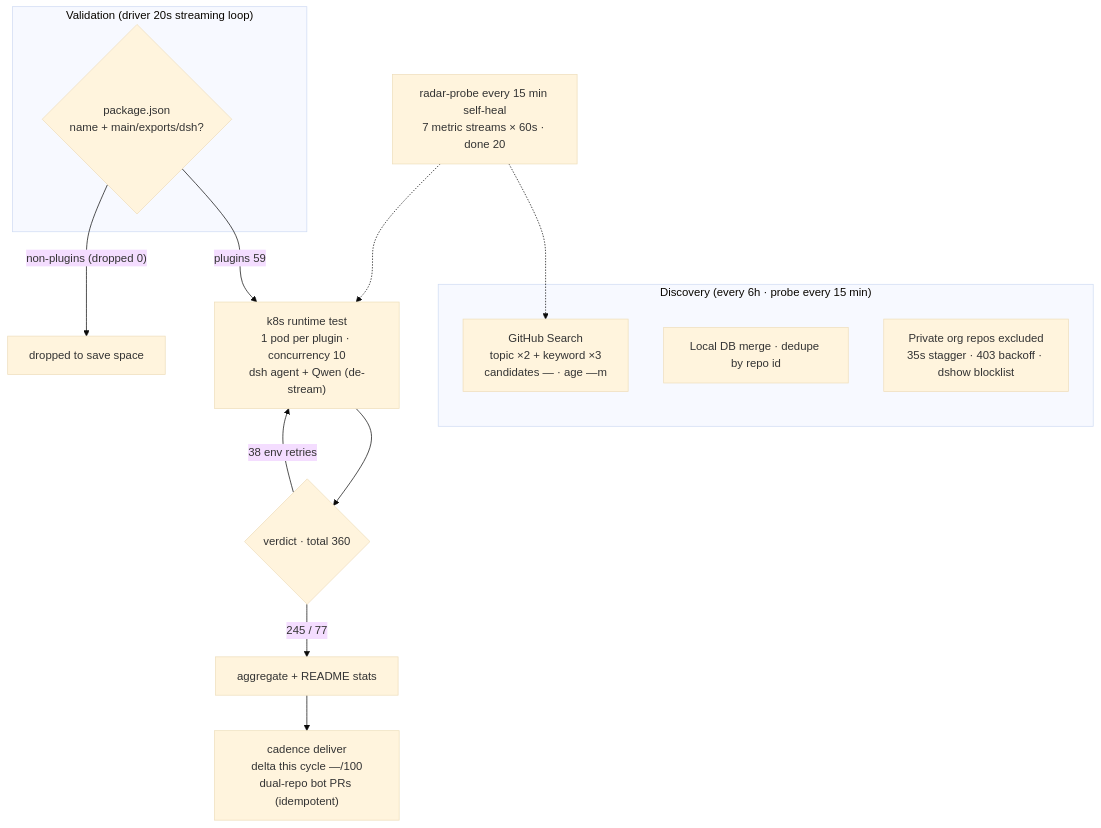
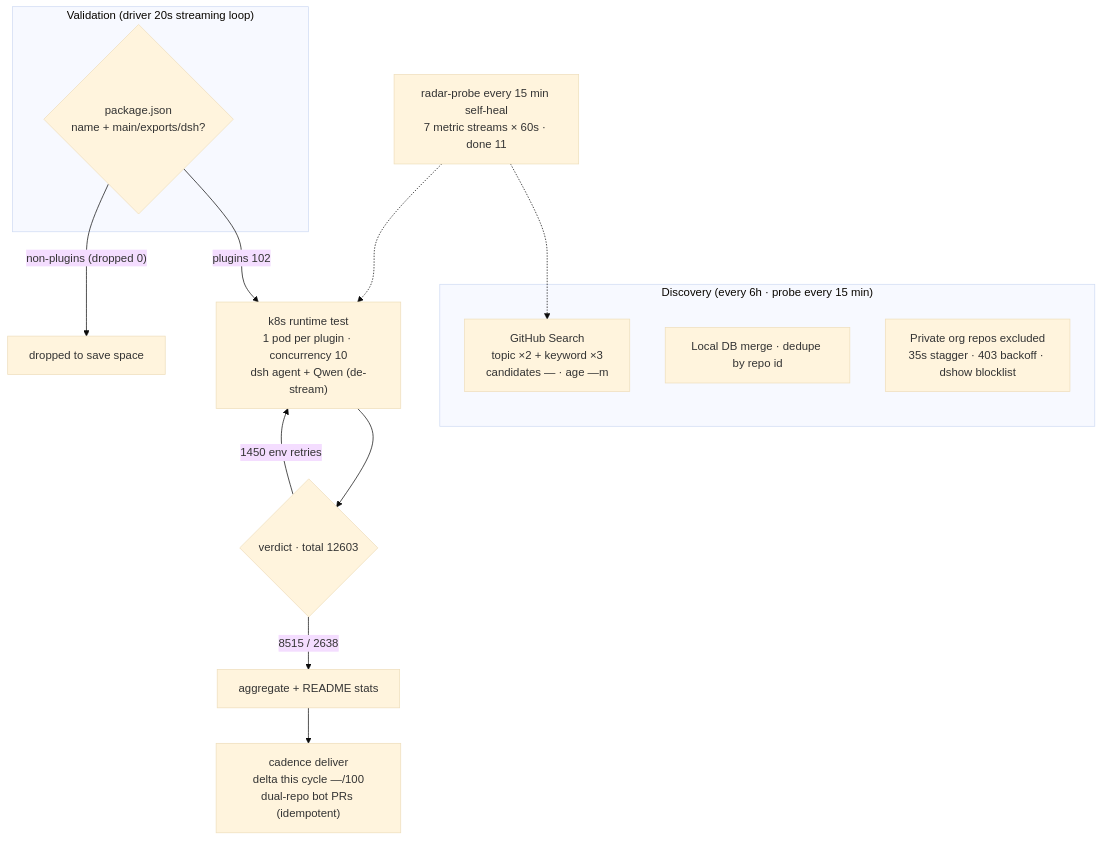
One commit to AdamPlatin123/awesome-dsh-plugins changed the diagram in README.en-US.md. Above: the diagram before and after it, drawn with Mermaid (base theme). The commit also changed other lines of this file and 5 other files, not shown here.

````diff
--- a/README.en-US.md
+++ b/README.en-US.md
@@ -45,20 +45,20 @@
 ```mermaid
 flowchart TB
     subgraph Discovery["Discovery (every 6h · probe every 15 min)"]
         A1["GitHub Search<br/>topic ×2 + keyword ×3<br/>candidates — · age —m"]
         A2["Local DB merge · dedupe by repo id"]
         A3["Private org repos excluded<br/>35s stagger · 403 backoff · dshow blocklist"]
     end
     subgraph Validation["Validation (driver 20s streaming loop)"]
         B1{"package.json<br/>name + main/exports/dsh?"}
     end
-    B1 -->|"plugins 59"| C1["k8s runtime test<br/>1 pod per plugin · concurrency 10<br/>dsh agent + Qwen (de-stream)"]
+    B1 -->|"plugins 102"| C1["k8s runtime test<br/>1 pod per plugin · concurrency 10<br/>dsh agent + Qwen (de-stream)"]
     B1 -->|"non-plugins (dropped 0)"| B3["dropped to save space"]
-    C1 --> D1{"verdict · total 360"}
-    D1 -->|"245 / 77"| E1["aggregate + README stats"]
-    D1 -->|"38 env retries"| C1
+    C1 --> D1{"verdict · total 12603"}
+    D1 -->|"8515 / 2638"| E1["aggregate + README stats"]
+    D1 -->|"1450 env retries"| C1
     E1 --> E2["cadence deliver<br/>delta this cycle —/100<br/>dual-repo bot PRs (idempotent)"]
-    M["radar-probe every 15 min self-heal<br/>7 metric streams × 60s · done 20"]
+    M["radar-probe every 15 min self-heal<br/>7 metric streams × 60s · done 11"]
     M -.-> A1
     M -.-> C1
 ```
````
